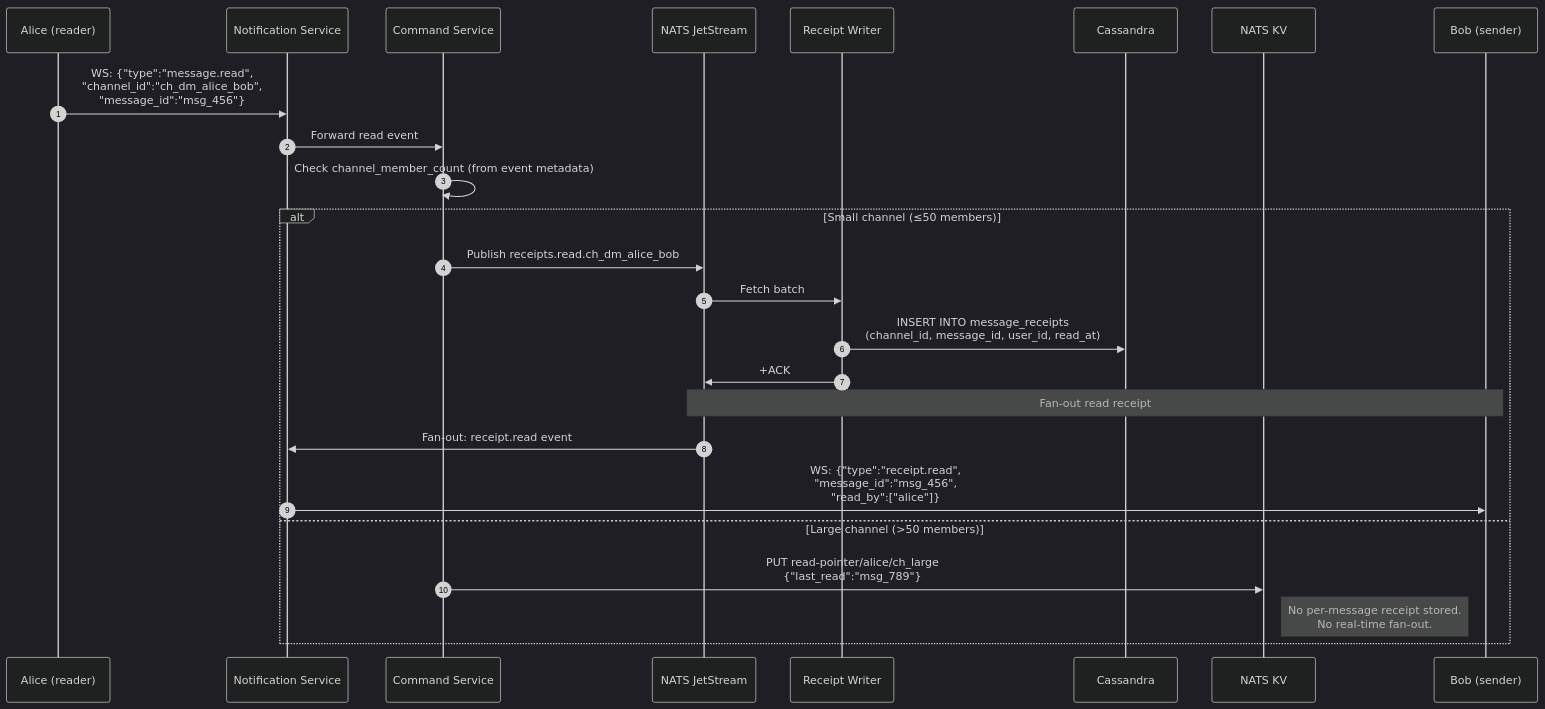
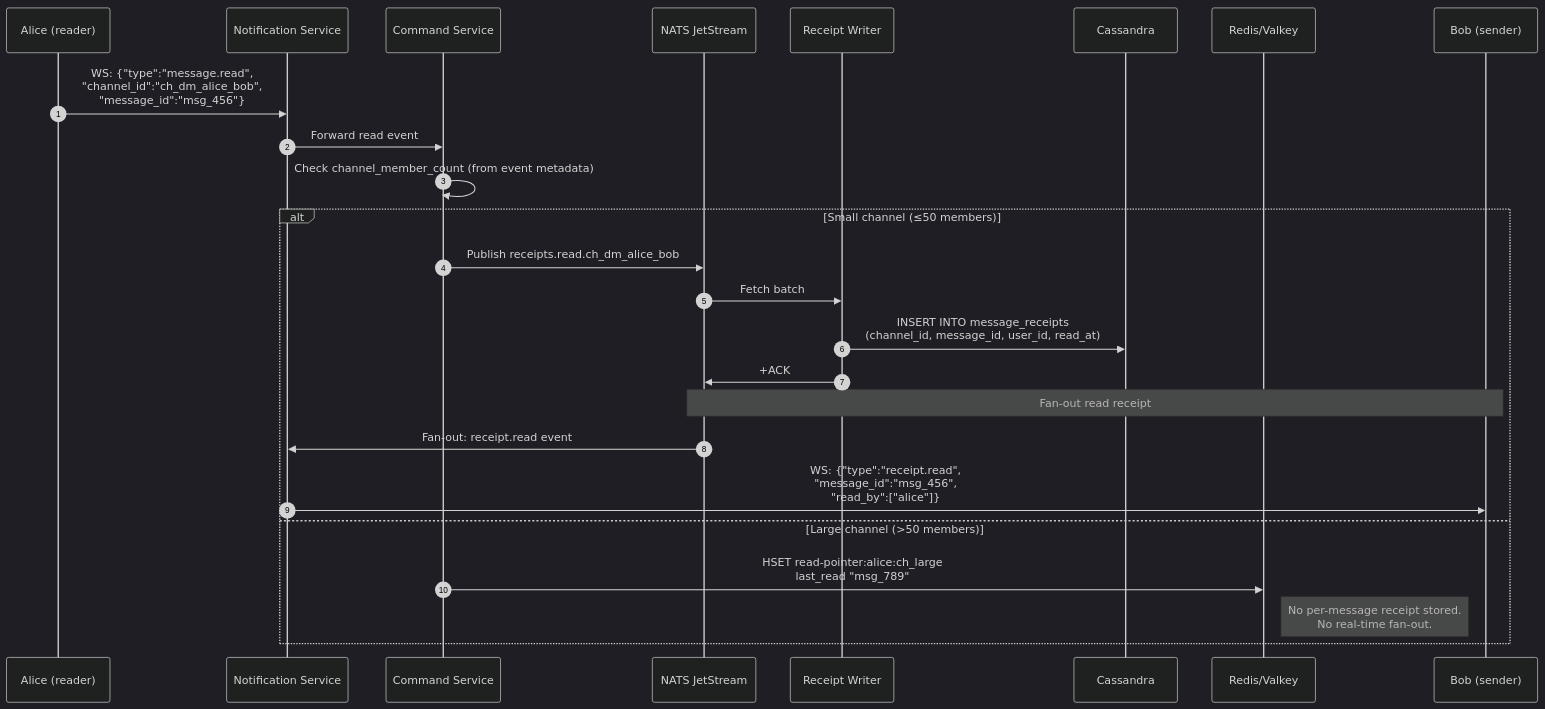
The sixth of 10 diagrams in docs/diagrams/sequence-diagrams.md (julianshen/chatconcept), drawn with Mermaid (dark theme) before and after one commit. The commit also changed other lines of this file and 14 other files, not shown here.

First line of the commit message:
docs: replace NATS KV with Redis/Valkey for ephemeral state

````diff
--- a/docs/diagrams/sequence-diagrams.md
+++ b/docs/diagrams/sequence-diagrams.md
@@ -254,31 +257,31 @@
 ```mermaid
 sequenceDiagram
     autonumber
     participant Client as Alice (reader)
     participant NotifSvc as Notification Service
     participant CmdSvc as Command Service
     participant NATS as NATS JetStream
     participant ReceiptWriter as Receipt Writer
     participant Cassandra as Cassandra
-    participant NATSKV as NATS KV
+    participant Redis as Redis/Valkey
     participant OtherClient as Bob (sender)
 
     Client->>NotifSvc: WS: {"type":"message.read",<br/>"channel_id":"ch_dm_alice_bob",<br/>"message_id":"msg_456"}
 
     NotifSvc->>CmdSvc: Forward read event
     CmdSvc->>CmdSvc: Check channel_member_count (from event metadata)
 
     alt Small channel (≤50 members)
         CmdSvc->>NATS: Publish receipts.read.ch_dm_alice_bob
         NATS->>ReceiptWriter: Fetch batch
         ReceiptWriter->>Cassandra: INSERT INTO message_receipts<br/>(channel_id, message_id, user_id, read_at)
         ReceiptWriter->>NATS: +ACK
 
         Note over NATS,OtherClient: Fan-out read receipt
         NATS->>NotifSvc: Fan-out: receipt.read event
         NotifSvc->>OtherClient: WS: {"type":"receipt.read",<br/>"message_id":"msg_456",<br/>"read_by":["alice"]}
     else Large channel (>50 members)
-        CmdSvc->>NATSKV: PUT read-pointer/alice/ch_large<br/>{"last_read":"msg_789"}
-        Note right of NATSKV: No per-message receipt stored.<br/>No real-time fan-out.
+        CmdSvc->>Redis: HSET read-pointer:alice:ch_large<br/>last_read "msg_789"
+        Note right of Redis: No per-message receipt stored.<br/>No real-time fan-out.
     end
 ```
````
